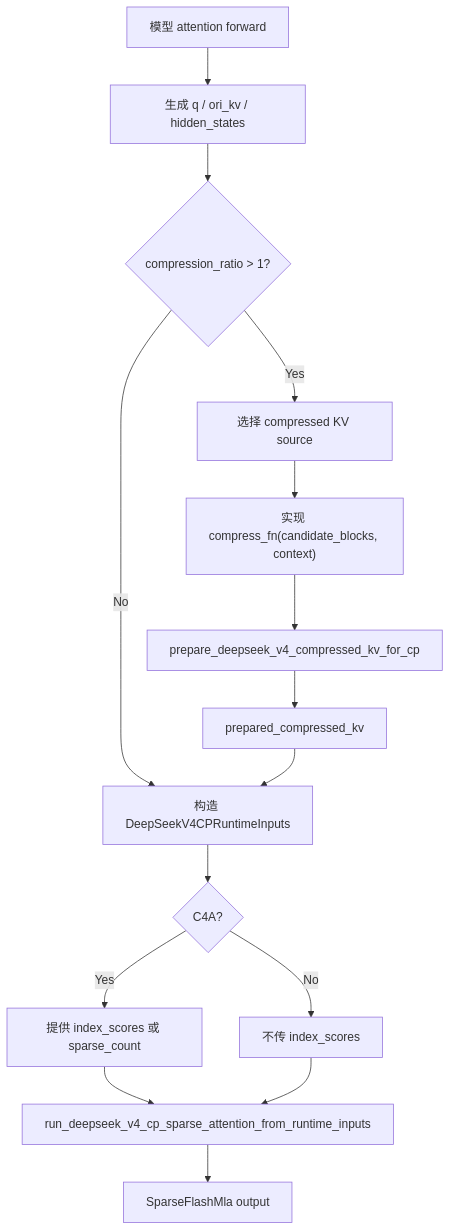
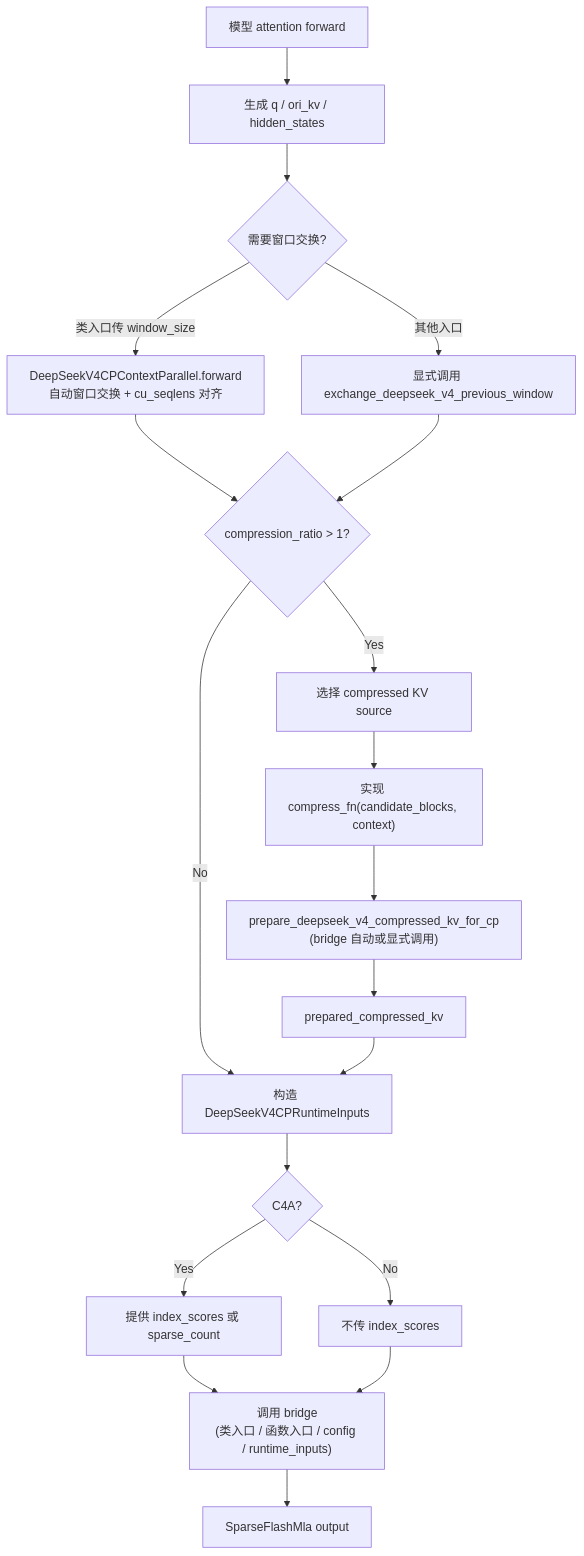
Before and after one commit to ChemLez/Megatron-Note: the ninth of 10 diagrams in features/context_parallel/chapter-03-mindspeed-deepseek-v4-context-parallel.md, drawn with Mermaid. The commit also changed other lines of this file, not shown here.

Commit message:
Refresh DeepSeek V4 CP archive note

````diff
--- a/features/context_parallel/chapter-03-mindspeed-deepseek-v4-context-parallel.md
+++ b/features/context_parallel/chapter-03-mindspeed-deepseek-v4-context-parallel.md
@@ -1722,17 +1734,22 @@
 ```mermaid
 flowchart TD
     A["模型 attention forward"] --> B["生成 q / ori_kv / hidden_states"]
-    B --> C{"compression_ratio > 1?"}
+    B --> W{"需要窗口交换?"}
+    W -- "类入口传 window_size" --> W1["DeepSeekV4CPContextParallel.forward<br/>自动窗口交换 + cu_seqlens 对齐"]
+    W -- "其他入口" --> W2["显式调用 exchange_deepseek_v4_previous_window"]
+    W1 --> C
+    W2 --> C
+    C{"compression_ratio > 1?"}
     C -- "No" --> H["构造 DeepSeekV4CPRuntimeInputs"]
     C -- "Yes" --> D["选择 compressed KV source"]
     D --> E["实现 compress_fn(candidate_blocks, context)"]
-    E --> F["prepare_deepseek_v4_compressed_kv_for_cp"]
+    E --> F["prepare_deepseek_v4_compressed_kv_for_cp<br/>(bridge 自动或显式调用)"]
     F --> G["prepared_compressed_kv"]
     G --> H
     H --> I{"C4A?"}
     I -- "Yes" --> J["提供 index_scores 或 sparse_count"]
     I -- "No" --> K["不传 index_scores"]
-    J --> L["run_deepseek_v4_cp_sparse_attention_from_runtime_inputs"]
+    J --> L["调用 bridge<br/>(类入口 / 函数入口 / config / runtime_inputs)"]
     K --> L
     L --> M["SparseFlashMla output"]
 ```
````
